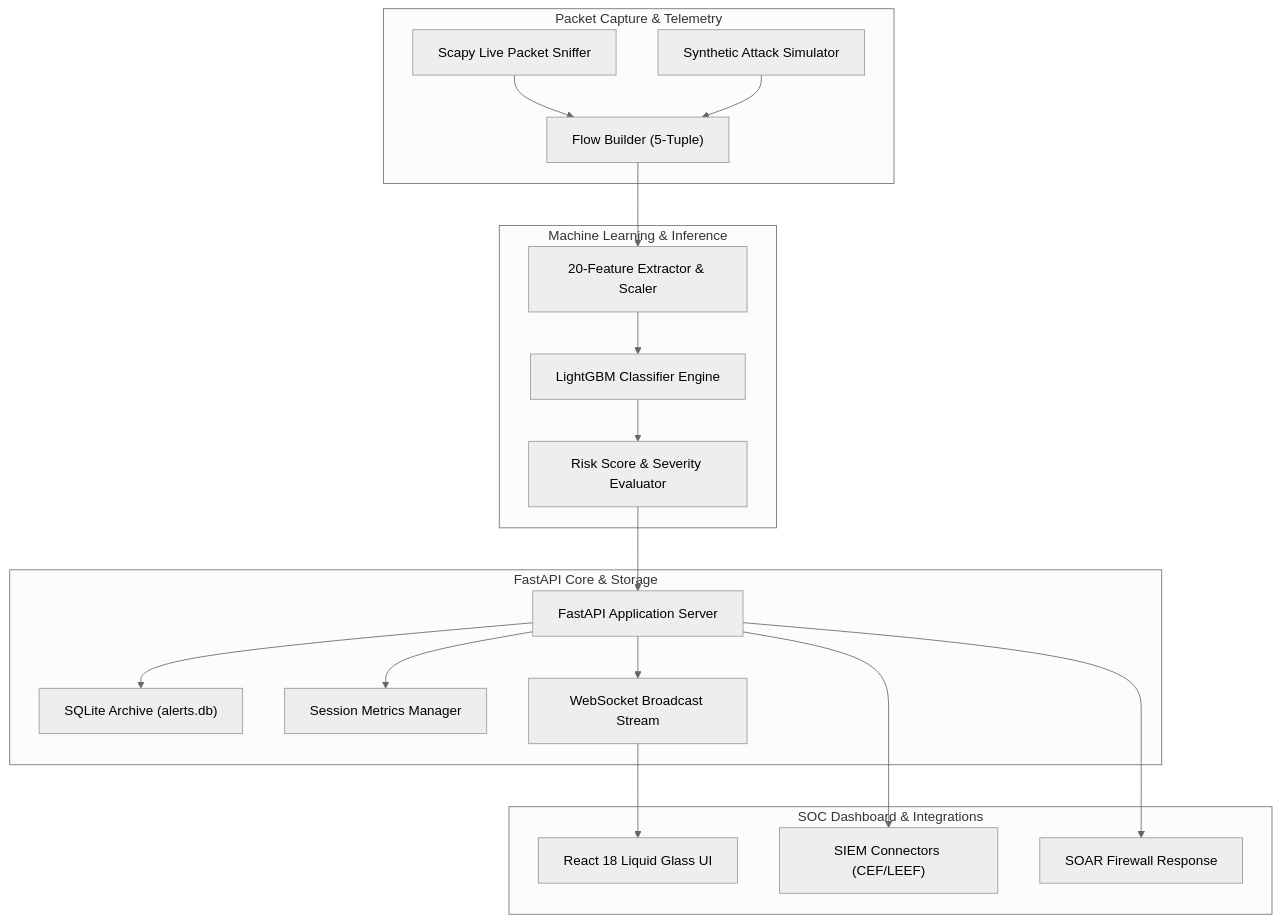
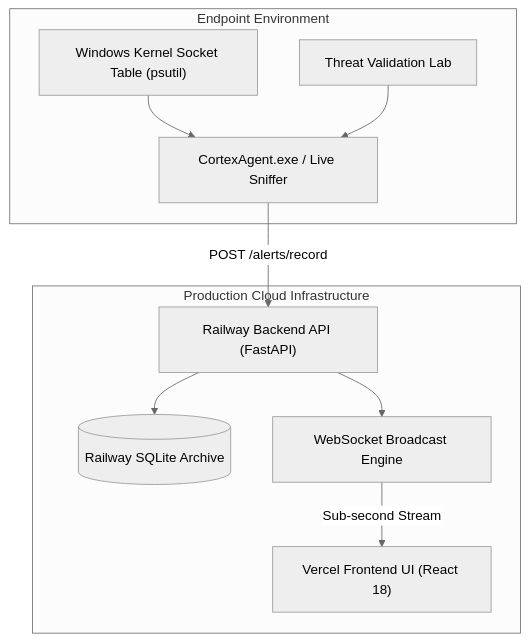
Before and after one commit to saifvector/cortex-nids: the diagram in README.md, drawn with Mermaid (neutral theme). The commit also changed other lines of this file, not shown here.

Commit message:
docs: update README.md with CortexAgent.exe desktop app, process resolution & live cloud deployment docs

````diff
--- a/README.md
+++ b/README.md
@@ -60,39 +73,22 @@
 ```mermaid
 flowchart TD
-    subgraph Capture["Packet Capture & Telemetry"]
-        A1["Scapy Live Packet Sniffer"]
-        A2["Synthetic Attack Simulator"]
-        A3["Flow Builder (5-Tuple)"]
-        A1 --> A3
-        A2 --> A3
+    subgraph Desktop["Endpoint Environment"]
+        D1["CortexAgent.exe / Live Sniffer"]
+        D2["Windows Kernel Socket Table (psutil)"]
+        D3["Threat Validation Lab"]
+        D2 --> D1
+        D3 --> D1
     end
 
-    subgraph ML["Machine Learning & Inference"]
-        B1["20-Feature Extractor & Scaler"]
-        B2["LightGBM Classifier Engine"]
-        B3["Risk Score & Severity Evaluator"]
-        A3 --> B1
-        B1 --> B2
-        B2 --> B3
-    end
-
-    subgraph Core["FastAPI Core & Storage"]
-        C1["FastAPI Application Server"]
-        C2["SQLite Archive (alerts.db)"]
-        C3["Session Metrics Manager"]
-        C4["WebSocket Broadcast Stream"]
-        B3 --> C1
-        C1 --> C2
-        C1 --> C3
-        C1 --> C4
-    end
-
-    subgraph UI["SOC Dashboard & Integrations"]
-        D1["React 18 Liquid Glass UI"]
-        D2["SIEM Connectors (CEF/LEEF)"]
-        D3["SOAR Firewall Response"]
-        C4 --> D1
-        C1 --> D2
-        C1 --> D3
+    subgraph Cloud["Production Cloud Infrastructure"]
+        API["Railway Backend API (FastAPI)"]
+        DB[(Railway SQLite Archive)]
+        WS["WebSocket Broadcast Engine"]
+        WEB["Vercel Frontend UI (React 18)"]
+        
+        D1 -- "POST /alerts/record" --> API
+        API --> DB
+        API --> WS
+        WS -- "Sub-second Stream" --> WEB
     end
 ```
````
